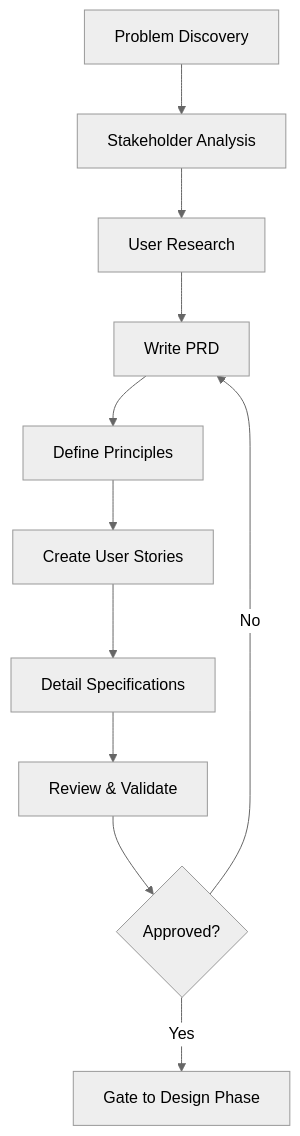
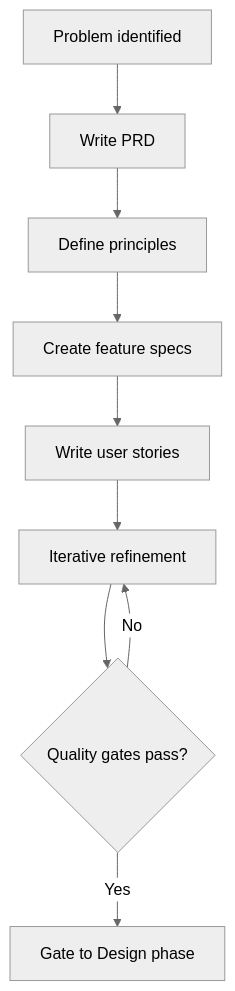
One commit to DocumentDrivenDX/helix changed the diagram in workflows/phases/01-frame/README.md. Above: the diagram before and after it, drawn with Mermaid (neutral theme). The commit also changed other lines of this file and 12 other files, not shown here.

First line of the commit message:
Upgrade Frame phase: lean artifact set with quality-driven prompts

````diff
--- a/workflows/phases/01-frame/README.md
+++ b/workflows/phases/01-frame/README.md
@@ -345,13 +100,11 @@
 ```mermaid
 graph TD
-    A[Problem Discovery] --> B[Stakeholder Analysis]
-    B --> C[User Research]
-    C --> D[Write PRD]
-    D --> E[Define Principles]
-    E --> F[Create User Stories]
-    F --> G[Detail Specifications]
-    G --> H[Review & Validate]
-    H --> I{Approved?}
-    I -->|No| D
-    I -->|Yes| J[Gate to Design Phase]
+    A[Problem identified] --> B[Write PRD]
+    B --> C[Define principles]
+    C --> D[Create feature specs]
+    D --> E[Write user stories]
+    E --> F[Iterative refinement]
+    F --> G{Quality gates pass?}
+    G -->|No| F
+    G -->|Yes| H[Gate to Design phase]
 ```
````
